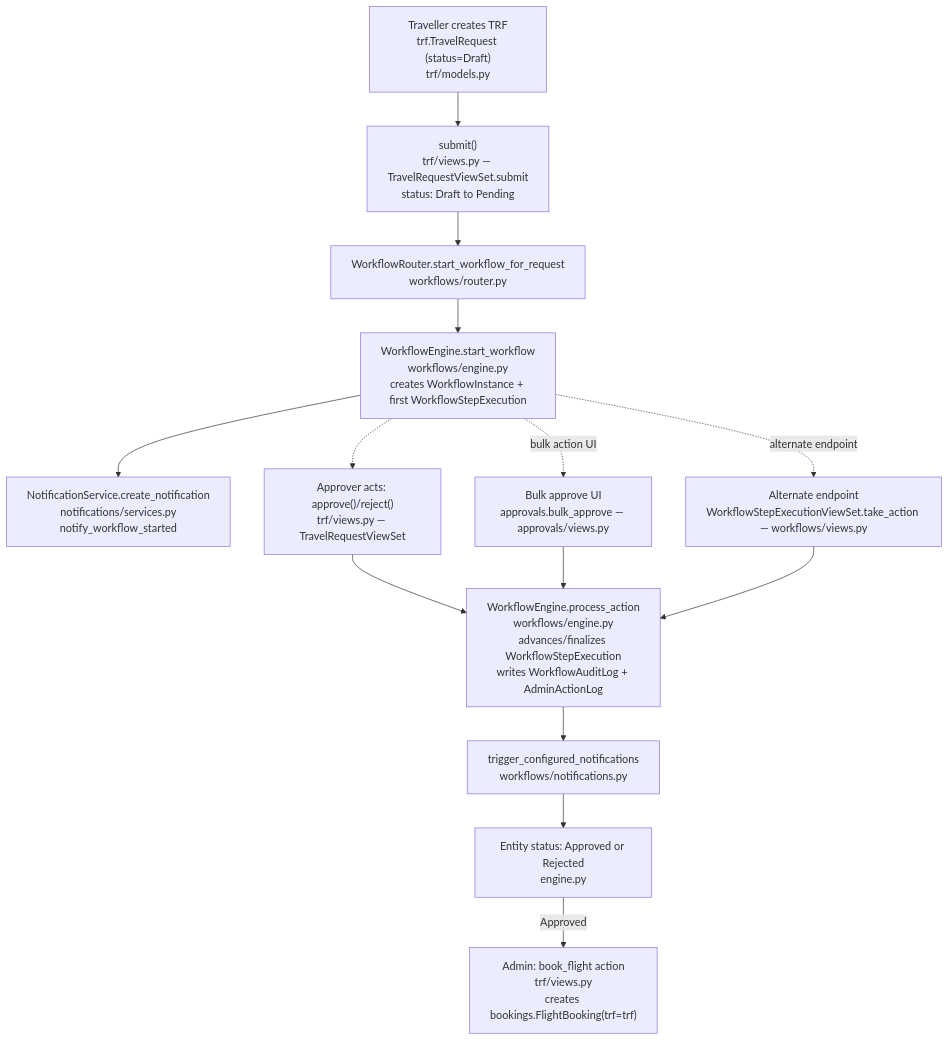
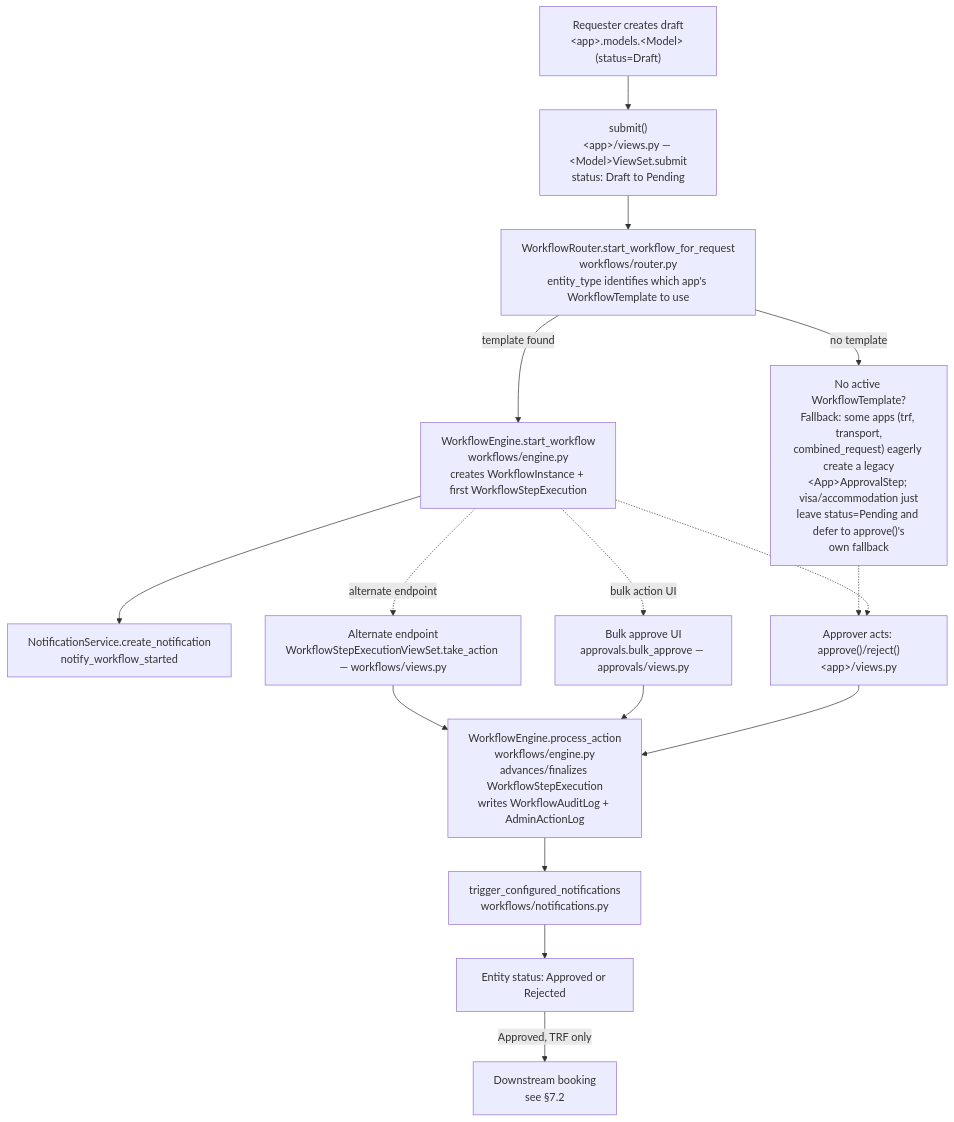
Before and after one commit to arslant84/tms.app: the eighth of 11 diagrams in docs/ARCHITECTURE.md, drawn with Mermaid. The commit also changed other lines of this file and 1 other file, not shown here.

First line of the commit message:
Expand data flow docs to cover the whole application, not just TRF

````diff
--- a/docs/ARCHITECTURE.md
+++ b/docs/ARCHITECTURE.md
@@ -266,27 +303,31 @@
 ```mermaid
 flowchart TD
-    C["Traveller creates TRF<br/>trf.TravelRequest (status=Draft)<br/>trf/models.py"]
-    S["submit()<br/>trf/views.py — TravelRequestViewSet.submit<br/>status: Draft to Pending"]
-    WR["WorkflowRouter.start_workflow_for_request<br/>workflows/router.py"]
+    C["Requester creates draft<br/>&lt;app&gt;.models.&lt;Model&gt; (status=Draft)"]
+    S["submit()<br/>&lt;app&gt;/views.py — &lt;Model&gt;ViewSet.submit<br/>status: Draft to Pending"]
+    WR["WorkflowRouter.start_workflow_for_request<br/>workflows/router.py<br/>entity_type identifies which app's WorkflowTemplate to use"]
     WE1["WorkflowEngine.start_workflow<br/>workflows/engine.py<br/>creates WorkflowInstance + first WorkflowStepExecution"]
-    N1["NotificationService.create_notification<br/>notifications/services.py<br/>notify_workflow_started"]
+    N1["NotificationService.create_notification<br/>notify_workflow_started"]
+    LEG["No active WorkflowTemplate?<br/>Fallback: some apps (trf, transport,<br/>combined_request) eagerly create a legacy<br/>&lt;App&gt;ApprovalStep; visa/accommodation just<br/>leave status=Pending and defer to approve()'s<br/>own fallback"]
 
-    A["Approver acts: approve()/reject()<br/>trf/views.py — TravelRequestViewSet"]
+    A["Approver acts: approve()/reject()<br/>&lt;app&gt;/views.py"]
     AB["Bulk approve UI<br/>approvals.bulk_approve — approvals/views.py"]
     TA["Alternate endpoint<br/>WorkflowStepExecutionViewSet.take_action — workflows/views.py"]
     WE2["WorkflowEngine.process_action<br/>workflows/engine.py<br/>advances/finalizes WorkflowStepExecution<br/>writes WorkflowAuditLog + AdminActionLog"]
     N2["trigger_configured_notifications<br/>workflows/notifications.py"]
-    FIN["Entity status: Approved or Rejected<br/>engine.py"]
+    FIN["Entity status: Approved or Rejected"]
 
-    BK["Admin: book_flight action<br/>trf/views.py<br/>creates bookings.FlightBooking(trf=trf)"]
+    BK["Downstream booking<br/>see §7.2"]
 
-    C --> S --> WR --> WE1 --> N1
+    C --> S --> WR
+    WR -->|"template found"| WE1 --> N1
+    WR -->|"no template"| LEG
     WE1 -.-> A
+    LEG -.-> A
     WE1 -.->|"bulk action UI"| AB
     WE1 -.->|"alternate endpoint"| TA
     A --> WE2
     AB --> WE2
     TA --> WE2
     WE2 --> N2 --> FIN
-    FIN -->|"Approved"| BK
+    FIN -->|"Approved, TRF only"| BK
 ```
````
